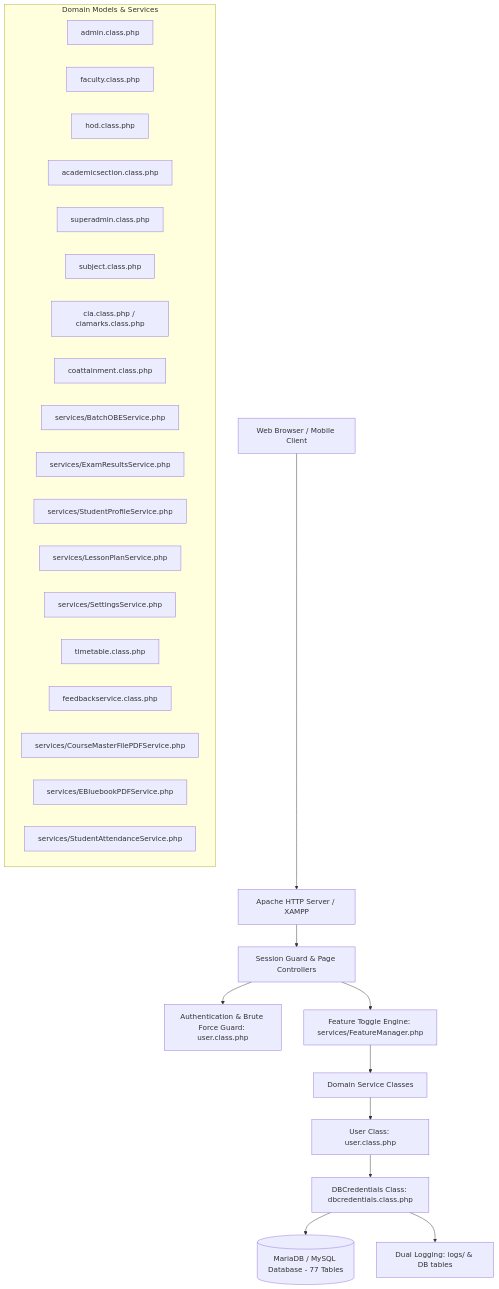
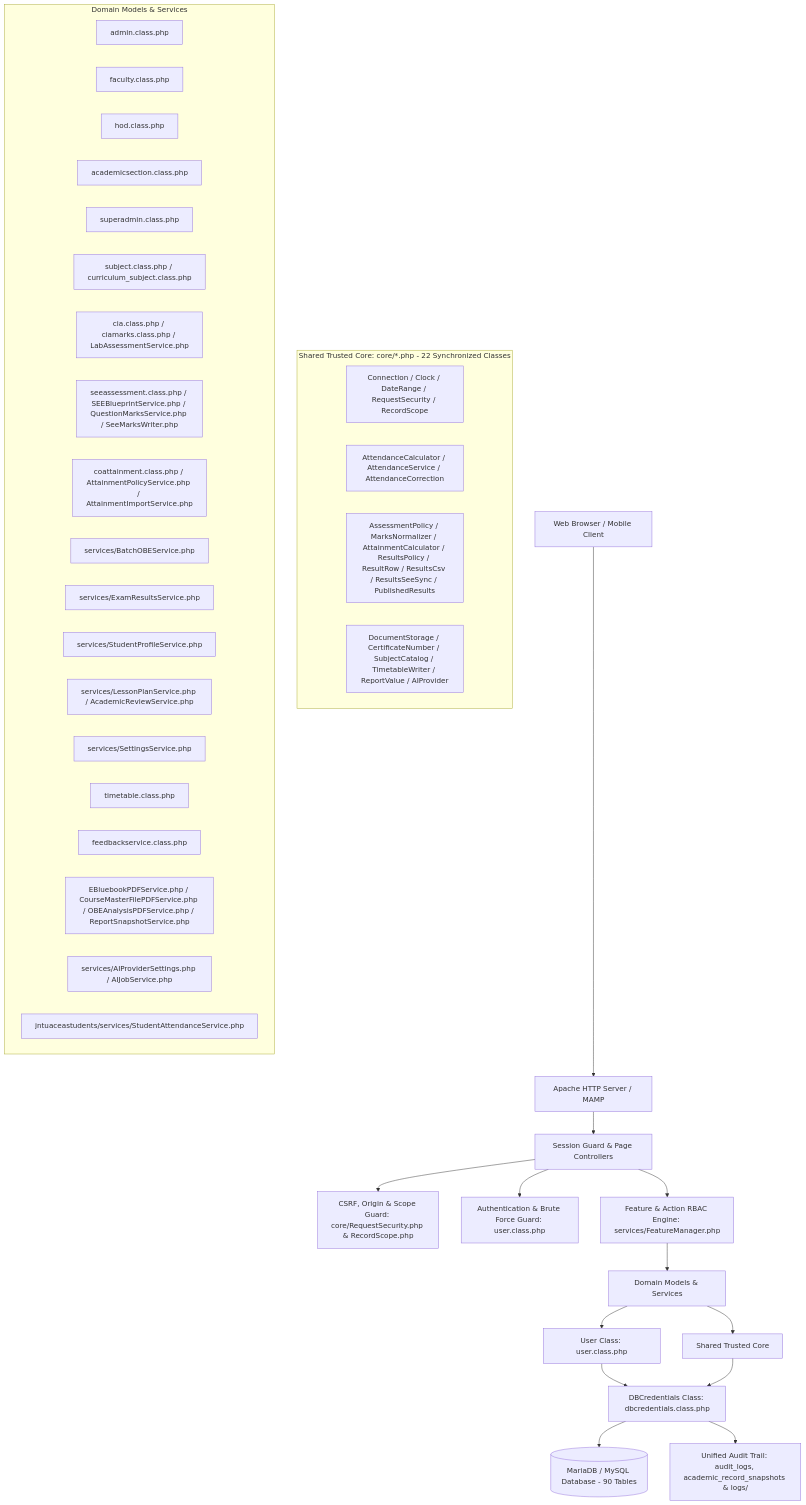
The diagram in docs/README.md (katamanilprojects/sarb), drawn with Mermaid before and after one commit. The commit also changed other lines of this file and 125 other files, not shown here.

````diff
--- a/docs/README.md
+++ b/docs/README.md
@@ -49,34 +54,45 @@
 ```mermaid
 graph TD
-    Client[Web Browser / Mobile Client] --> Apache[Apache HTTP Server / XAMPP]
+    Client[Web Browser / Mobile Client] --> Apache[Apache HTTP Server / MAMP]
     Apache --> Router[Session Guard & Page Controllers]
+    Router --> Security[CSRF, Origin & Scope Guard: core/RequestSecurity.php & RecordScope.php]
     Router --> Auth[Authentication & Brute Force Guard: user.class.php]
-    Router --> FeatureGuard[Feature Toggle Engine: services/FeatureManager.php]
-    FeatureGuard --> Domain[Domain Service Classes]
+    Router --> FeatureGuard[Feature & Action RBAC Engine: services/FeatureManager.php]
+    FeatureGuard --> Domain[Domain Models & Services]
     
+    subgraph Shared Trusted Core [Shared Trusted Core: core/*.php - 22 Synchronized Classes]
+        CoreConn[Connection / Clock / DateRange / RequestSecurity / RecordScope]
+        CoreAtt[AttendanceCalculator / AttendanceService / AttendanceCorrection]
+        CoreOBE[AssessmentPolicy / MarksNormalizer / AttainmentCalculator / ResultsPolicy / ResultRow / ResultsCsv / ResultsSeeSync / PublishedResults]
+        CoreInfra[DocumentStorage / CertificateNumber / SubjectCatalog / TimetableWriter / ReportValue / AIProvider]
+    end
+
     subgraph Domain Models & Services
         Admin[admin.class.php]
         Faculty[faculty.class.php]
         HOD[hod.class.php]
         Acad[academicsection.class.php]
         SuperAdmin[superadmin.class.php]
-        Subject[subject.class.php]
-        CIA[cia.class.php / ciamarks.class.php]
-        OBE[coattainment.class.php]
+        Subject[subject.class.php / curriculum_subject.class.php]
+        CIA[cia.class.php / ciamarks.class.php / LabAssessmentService.php]
+        SEE[seeassessment.class.php / SEEBlueprintService.php / QuestionMarksService.php / SeeMarksWriter.php]
+        OBE[coattainment.class.php / AttainmentPolicyService.php / AttainmentImportService.php]
         BatchOBE[services/BatchOBEService.php]
         ExamResults[services/ExamResultsService.php]
         StudentProfile[services/StudentProfileService.php]
-        LessonPlan[services/LessonPlanService.php]
+        LessonPlan[services/LessonPlanService.php / AcademicReviewService.php]
         Settings[services/SettingsService.php]
         Timetable[timetable.class.php]
         Feedback[feedbackservice.class.php]
-        CourseMaster[services/CourseMasterFilePDFService.php]
-        EBluebook[services/EBluebookPDFService.php]
-        StudentAttRisk[services/StudentAttendanceService.php]
+        Reports[EBluebookPDFService.php / CourseMasterFilePDFService.php / OBEAnalysisPDFService.php / ReportSnapshotService.php]
+        AIServices[services/AIProviderSettings.php / AIJobService.php]
+        StudentAttRisk[jntuaceastudents/services/StudentAttendanceService.php]
     end
     
+    Domain --> SharedTrustedCore[Shared Trusted Core]
     Domain --> BaseUser[User Class: user.class.php]
     BaseUser --> BaseDB[DBCredentials Class: dbcredentials.class.php]
-    BaseDB --> MariaDB[(MariaDB / MySQL Database - 77 Tables)]
-    BaseDB --> Logs[Dual Logging: logs/ & DB tables]
+    SharedTrustedCore --> BaseDB
+    BaseDB --> MariaDB[(MariaDB / MySQL Database - 90 Tables)]
+    BaseDB --> Logs[Unified Audit Trail: audit_logs, academic_record_snapshots & logs/]
 ```
````
